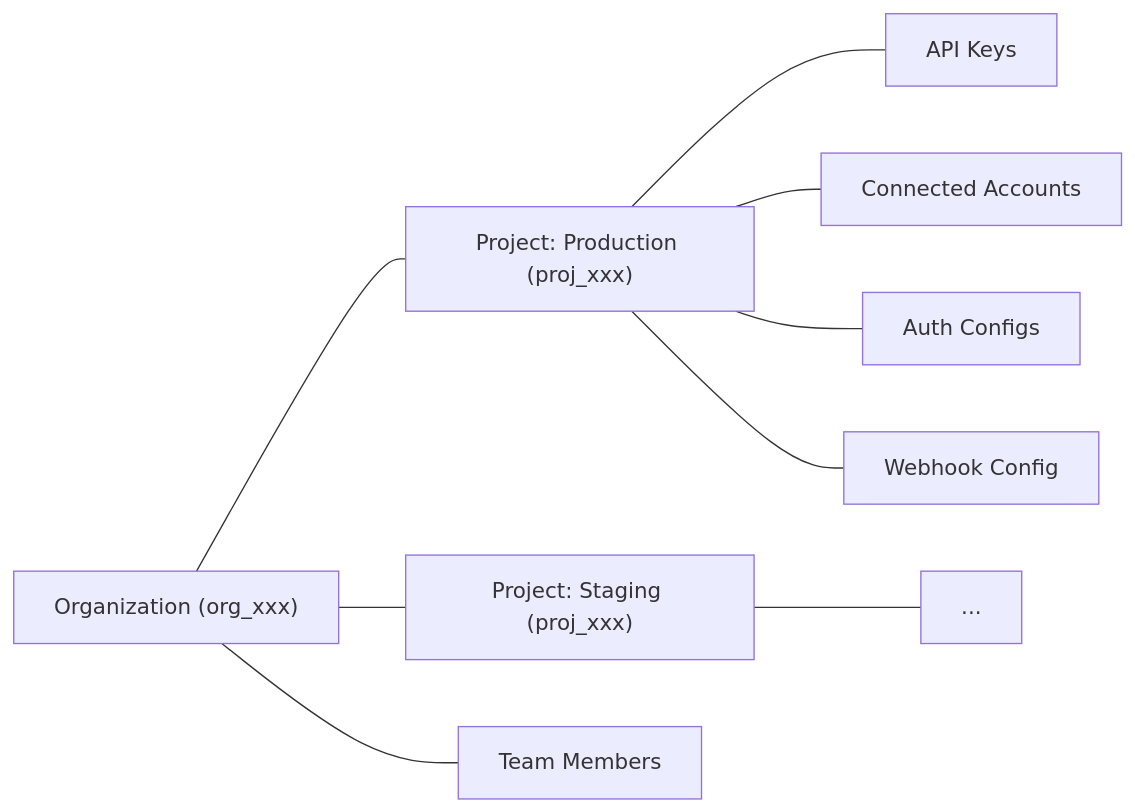
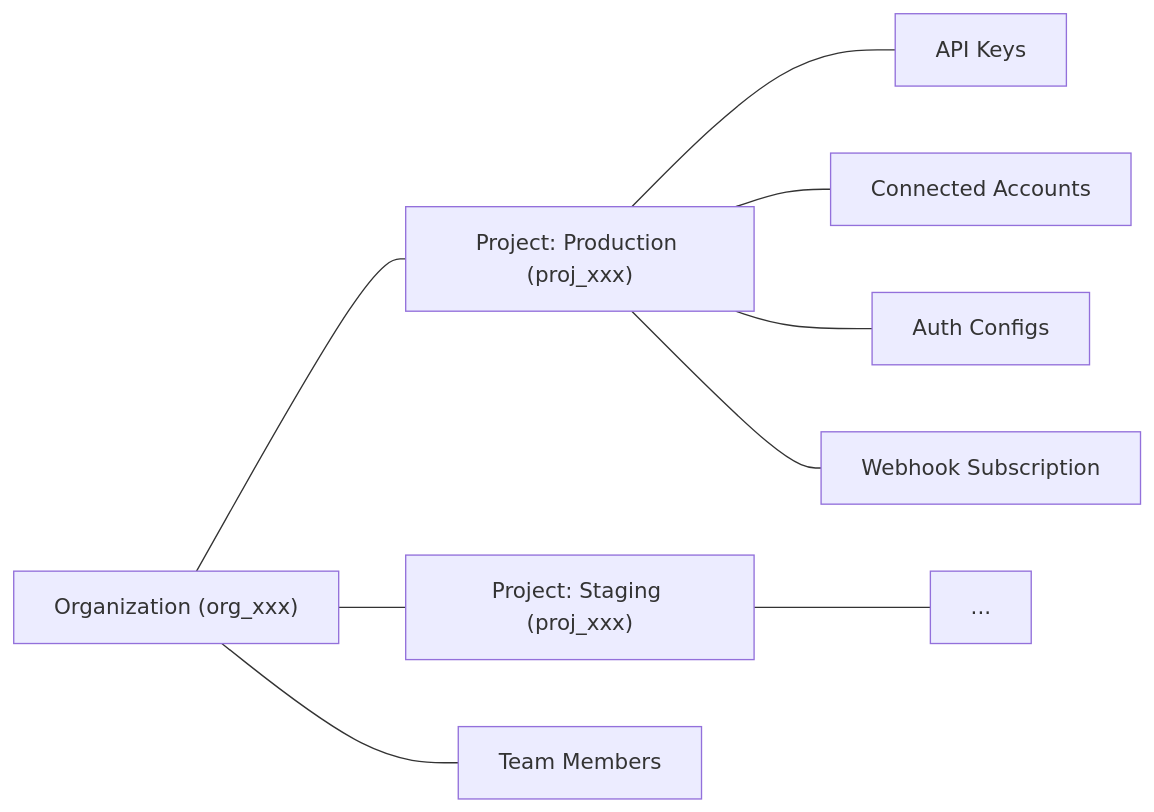
One commit to ComposioHQ/composio changed the diagram in docs/content/docs/projects.mdx. Above: the diagram before and after it, drawn with Mermaid. The commit also changed other lines of this file and 3 other files, not shown here.

````diff
--- a/docs/content/docs/projects.mdx
+++ b/docs/content/docs/projects.mdx
@@ -9,11 +9,11 @@
 ```mermaid
 graph LR
     ORG["Organization (org_xxx)"] --- P1["Project: Production (proj_xxx)"]
     ORG --- P2["Project: Staging (proj_xxx)"]
     ORG --- TM["Team Members"]
     P1 --- A1["API Keys"]
     P1 --- A2["Connected Accounts"]
     P1 --- A3["Auth Configs"]
-    P1 --- A4["Webhook Config"]
+    P1 --- A4["Webhook Subscription"]
     P2 --- B1["..."]
 ```
````
